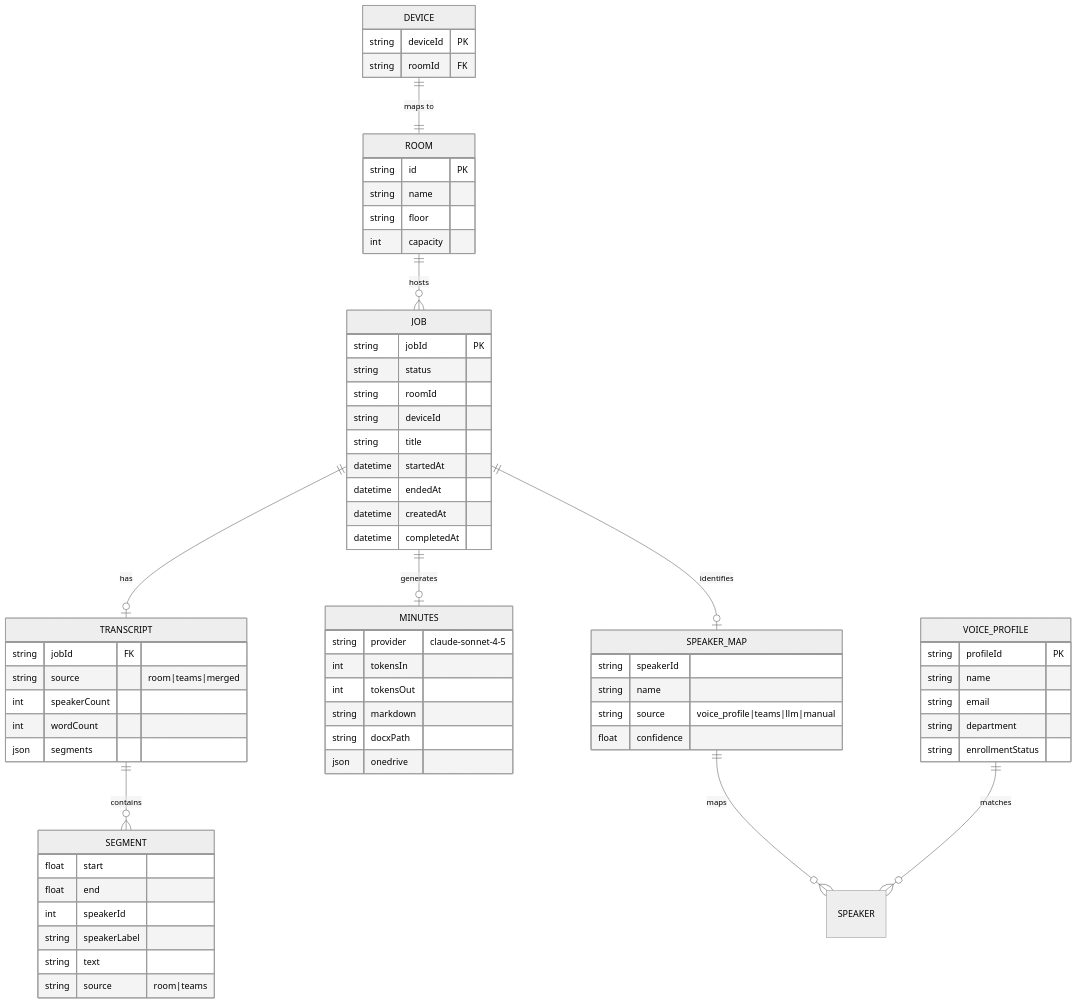
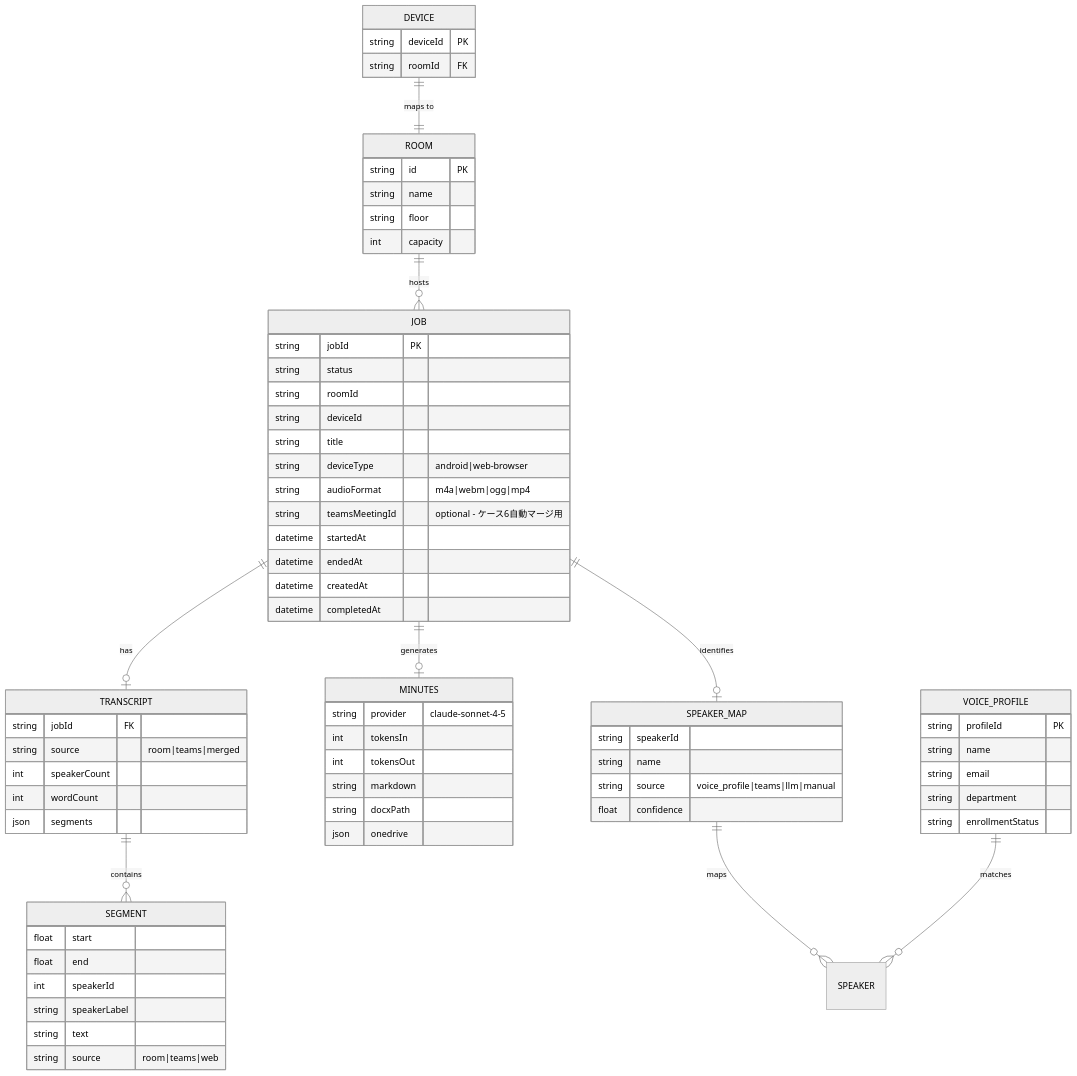
Before and after one commit to ytsutsumi30/MeetingRoot: the first of 3 diagrams in doc/04_data_model.md, drawn with Mermaid (neutral theme). The commit also changed other lines of this file and 19 other files, not shown here.

````diff
--- a/doc/04_data_model.md
+++ b/doc/04_data_model.md
@@ -9,76 +9,79 @@
 ```mermaid
 erDiagram
     JOB ||--o| TRANSCRIPT : "has"
     JOB ||--o| MINUTES : "generates"
     JOB ||--o| SPEAKER_MAP : "identifies"
     TRANSCRIPT ||--o{ SEGMENT : "contains"
     SPEAKER_MAP ||--o{ SPEAKER : "maps"
     ROOM ||--o{ JOB : "hosts"
     DEVICE ||--|| ROOM : "maps to"
     VOICE_PROFILE ||--o{ SPEAKER : "matches"
 
     JOB {
         string jobId PK
         string status
         string roomId
         string deviceId
         string title
+        string deviceType "android|web-browser"
+        string audioFormat "m4a|webm|ogg|mp4"
+        string teamsMeetingId "optional - ケース6自動マージ用"
         datetime startedAt
         datetime endedAt
         datetime createdAt
         datetime completedAt
     }
 
     TRANSCRIPT {
         string jobId FK
         string source "room|teams|merged"
         int speakerCount
         int wordCount
         json segments
     }
 
     SEGMENT {
         float start
         float end
         int speakerId
         string speakerLabel
         string text
-        string source "room|teams"
+        string source "room|teams|web"
     }
 
     MINUTES {
         string provider "claude-sonnet-4-5"
         int tokensIn
         int tokensOut
         string markdown
         string docxPath
         json onedrive
     }
 
     SPEAKER_MAP {
         string speakerId
         string name
         string source "voice_profile|teams|llm|manual"
         float confidence
     }
 
     ROOM {
         string id PK
         string name
         string floor
         int capacity
     }
 
     DEVICE {
         string deviceId PK
         string roomId FK
     }
 
     VOICE_PROFILE {
         string profileId PK
         string name
         string email
         string department
         string enrollmentStatus
     }
 ```
````
